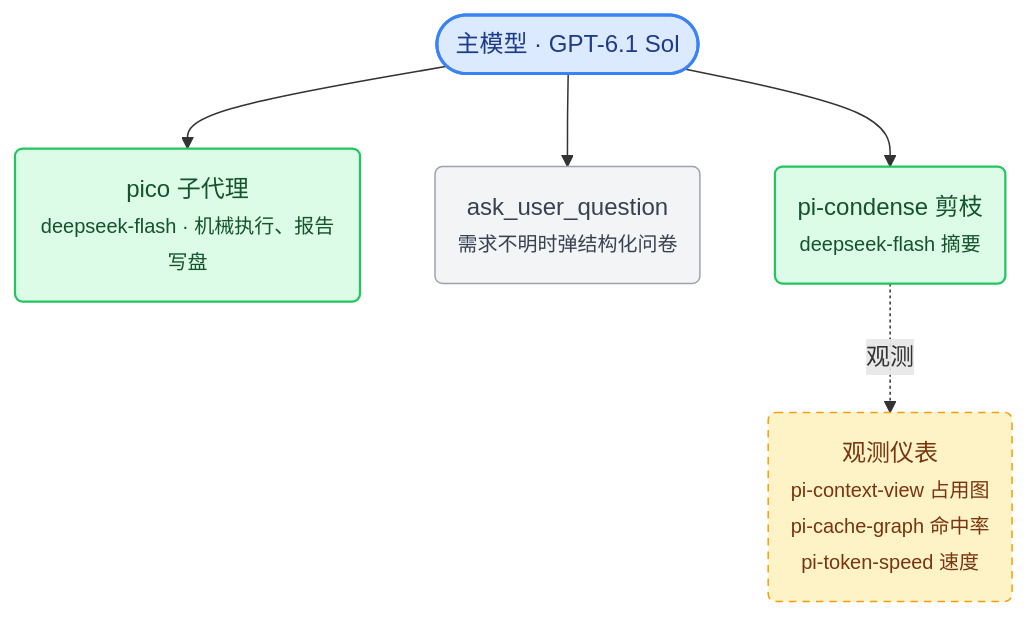
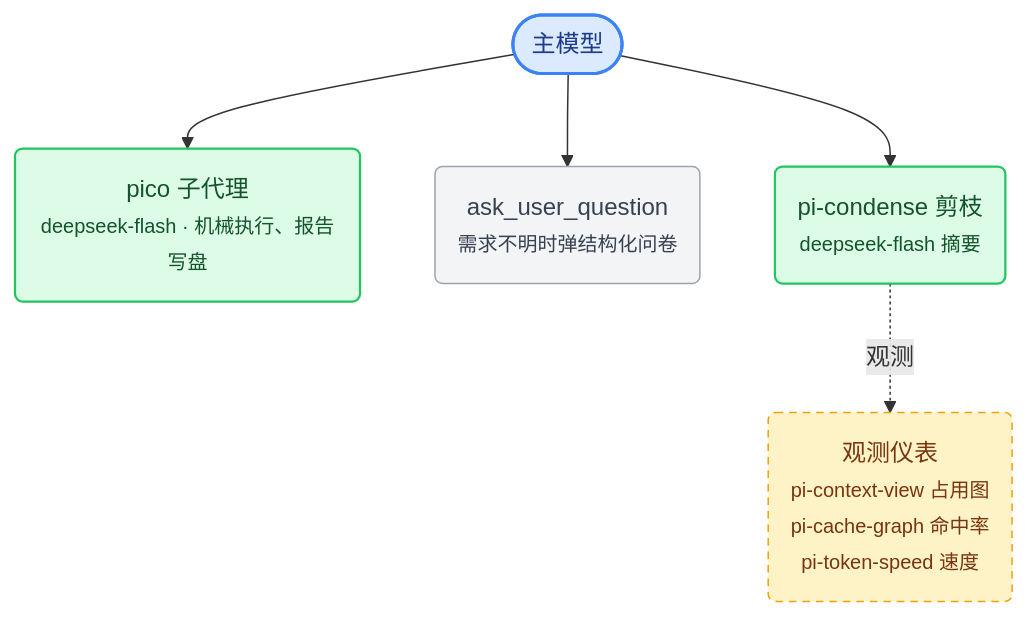
The second of 2 diagrams in docs/01-理念与路线.md (Jerry2003sky/pi-playbook), drawn with Mermaid before and after one commit. The commit also changed other lines of this file and 10 other files, not shown here.

````diff
--- a/docs/01-理念与路线.md
+++ b/docs/01-理念与路线.md
@@ -78,19 +78,19 @@
 ```mermaid
 flowchart TB
-    M(["主模型 · GPT-6.1 Sol"])
+    M(["主模型"])
 
     M --> P("pico 子代理<br/><small>deepseek-flash · 机械执行、报告写盘</small>")
     M --> Q("ask_user_question<br/><small>需求不明时弹结构化问卷</small>")
     M --> C("pi-condense 剪枝<br/><small>deepseek-flash 摘要</small>")
 
     C -. 观测 .-> O("观测仪表<br/><small>pi-context-view 占用图<br/>pi-cache-graph 命中率<br/>pi-token-speed 速度</small>")
 
     classDef main fill:#dbeafe,stroke:#3b82f6,stroke-width:2px,color:#1e3a8a
     classDef cheapN fill:#dcfce7,stroke:#22c55e,stroke-width:1.5px,color:#14532d
     classDef tool fill:#f3f4f6,stroke:#9ca3af,color:#374151
     classDef watch fill:#fef3c7,stroke:#f59e0b,stroke-dasharray:5 4,color:#78350f
     class M main
     class P,C cheapN
     class Q tool
     class O watch
 ```
````
